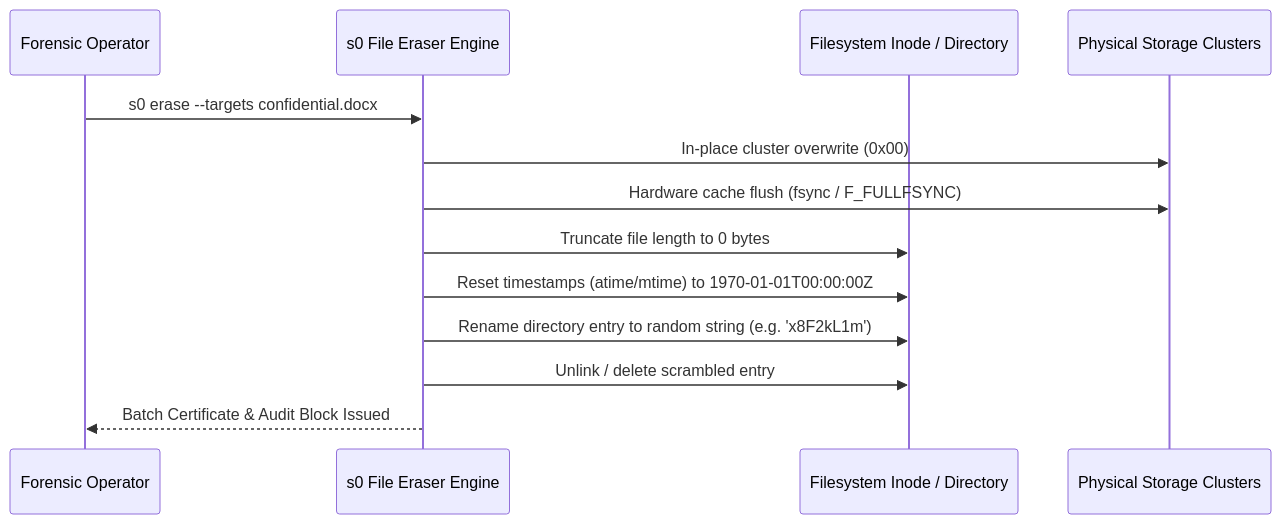
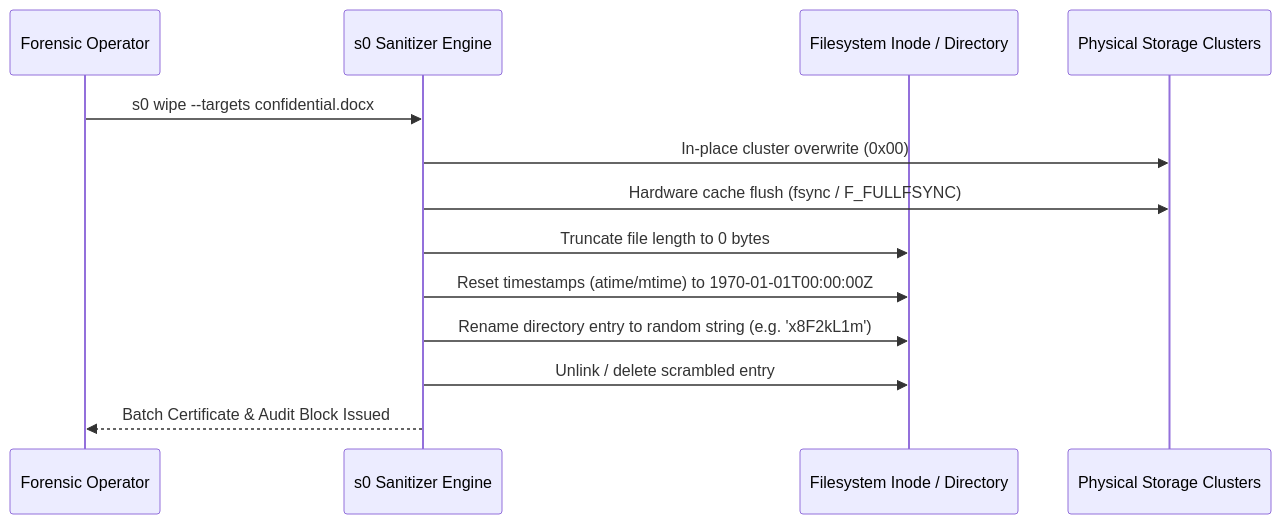
Before and after one commit to kartik2005221/s0: the second of 2 diagrams in docs-portal/docs/secure-erasure-guide.md, drawn with Mermaid. The commit also changed other lines of this file and 31 other files, not shown here.

````diff
--- a/docs-portal/docs/secure-erasure-guide.md
+++ b/docs-portal/docs/secure-erasure-guide.md
@@ -128,16 +128,16 @@
 ```mermaid
 sequenceDiagram
     participant Op as Forensic Operator
-    participant FE as s0 File Eraser Engine
+    participant FE as s0 Sanitizer Engine
     participant FS as Filesystem Inode / Directory
     participant Disk as Physical Storage Clusters
 
-    Op->>FE: s0 erase --targets confidential.docx
+    Op->>FE: s0 wipe --targets confidential.docx
     FE->>Disk: In-place cluster overwrite (0x00)
     FE->>Disk: Hardware cache flush (fsync / F_FULLFSYNC)
     FE->>FS: Truncate file length to 0 bytes
     FE->>FS: Reset timestamps (atime/mtime) to 1970-01-01T00:00:00Z
     FE->>FS: Rename directory entry to random string (e.g. 'x8F2kL1m')
     FE->>FS: Unlink / delete scrambled entry
     FE-->>Op: Batch Certificate & Audit Block Issued
 ```
````
